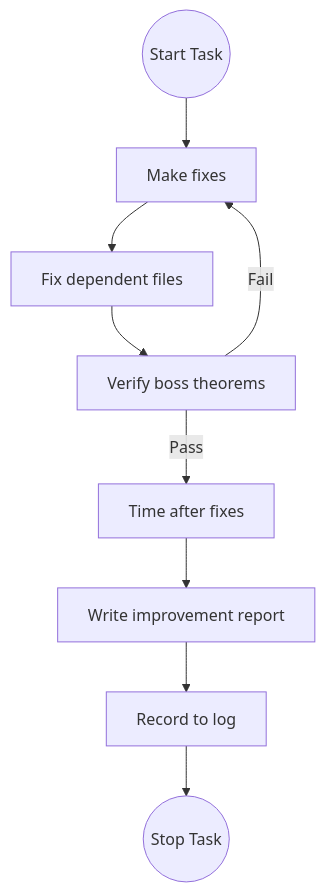
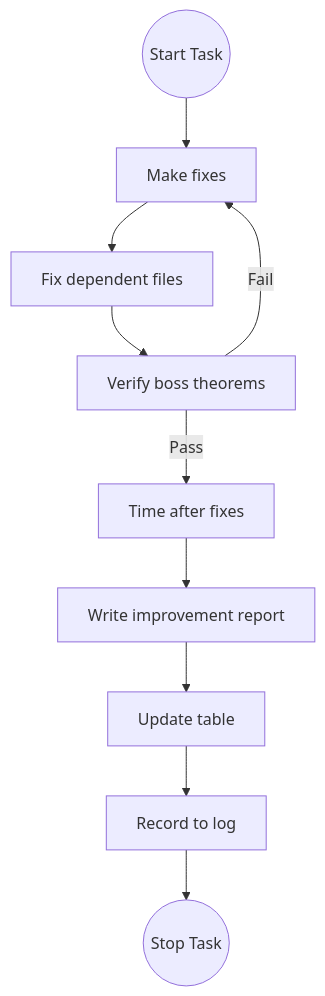
Before and after one commit to smmercuri/FLT: the second of 2 diagrams in CLAUDE.md, drawn with Mermaid. The commit also changed other lines of this file and 2 other files, not shown here.

````diff
--- a/CLAUDE.md
+++ b/CLAUDE.md
@@ -61,11 +61,12 @@
 ```mermaid
 graph TD
     START((Start Task)) --> FIX[Make fixes]
     FIX --> FIX_DEPENDENT[Fix dependent files]
     FIX_DEPENDENT --> CHECK_BOSS[Verify boss theorems]
     CHECK_BOSS -- Pass --> TIME_FIX[Time after fixes]
     CHECK_BOSS -- Fail --> FIX
     TIME_FIX --> REPORT[Write improvement report]
-    REPORT --> LOG[Record to log]
+    REPORT --> UPDATE[Update table]
+    UPDATE --> LOG[Record to log]
     LOG --> STOP((Stop Task))
 ```
````
